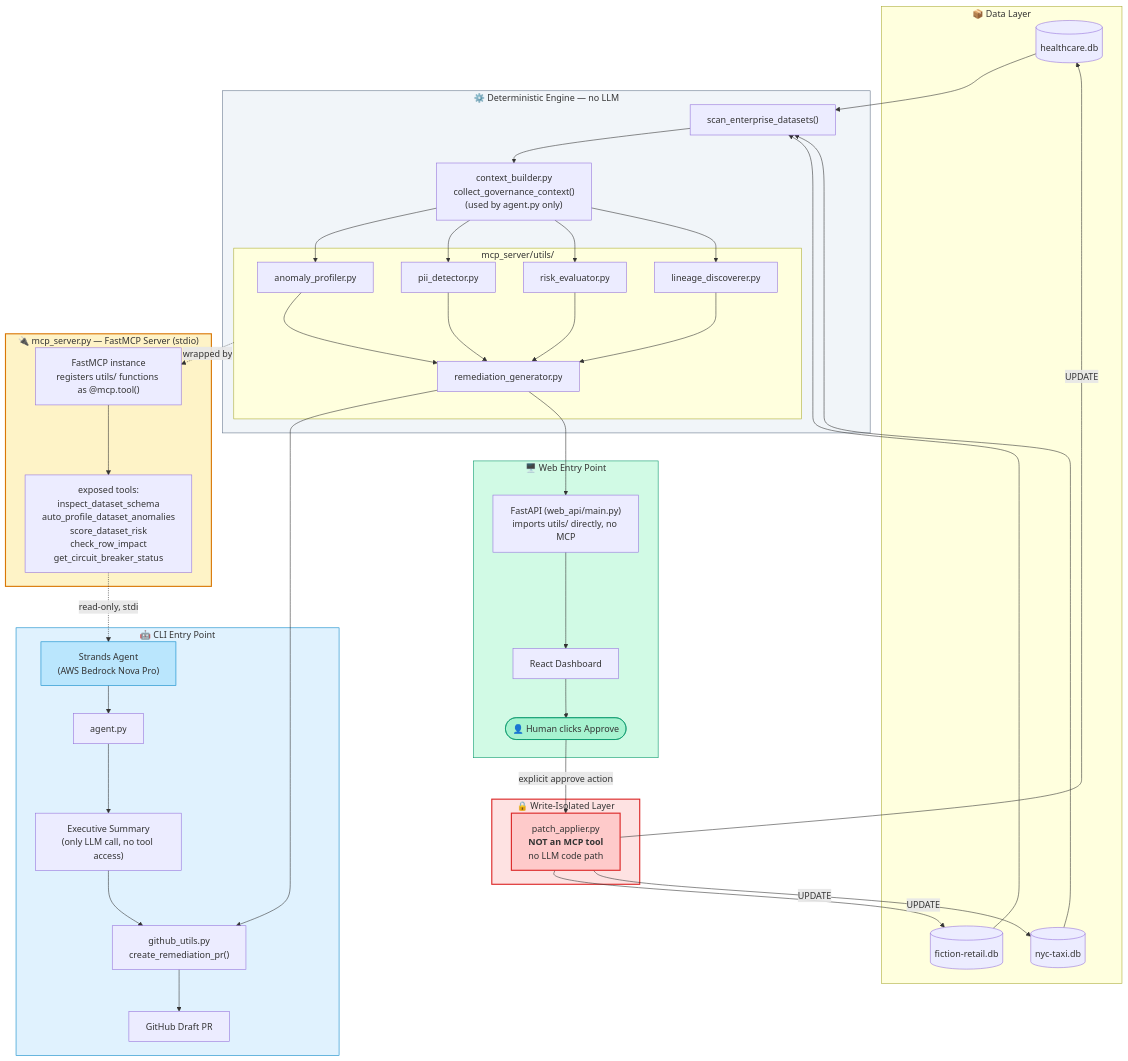
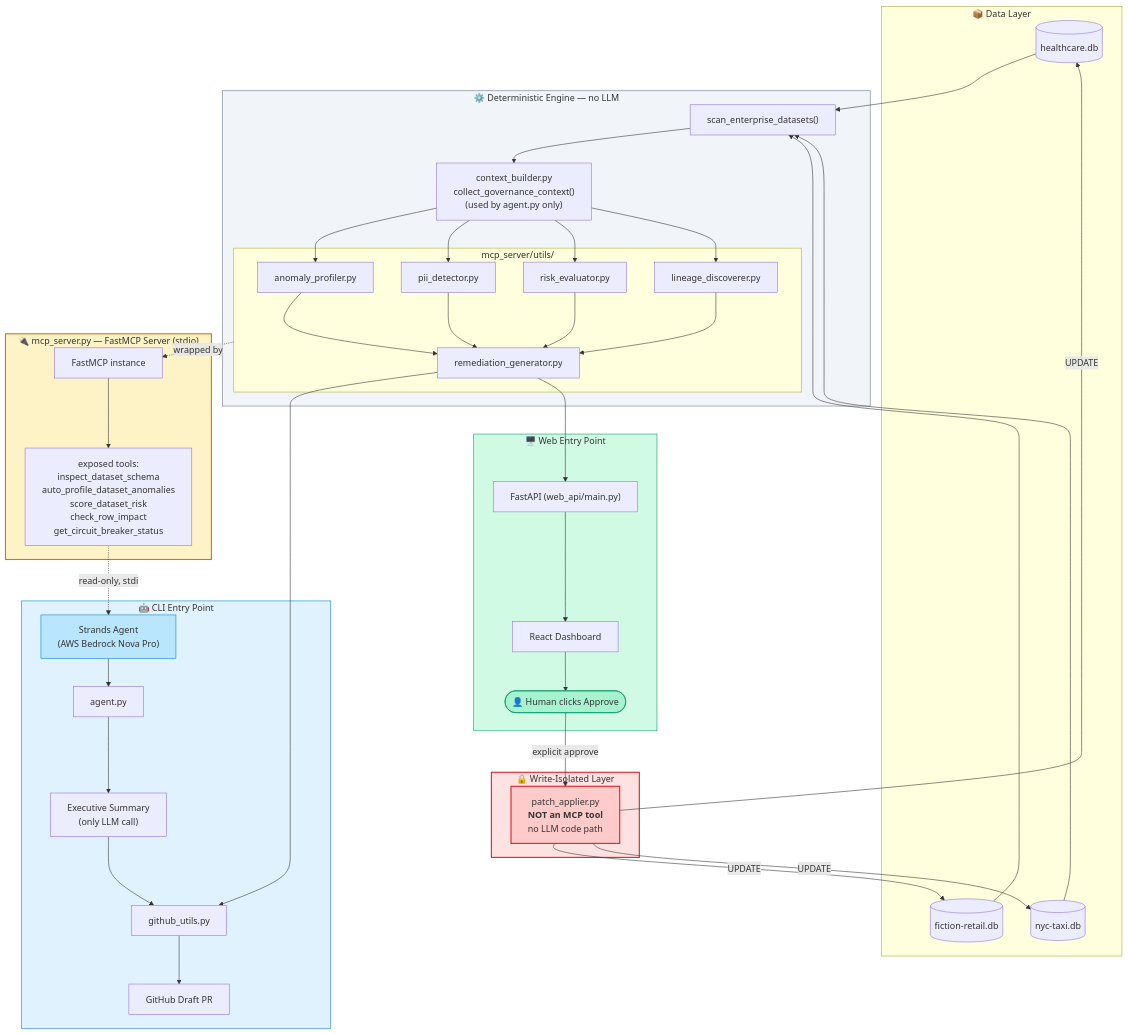
The diagram in README.md (evaaliya/albugent_v2.0), drawn with Mermaid before and after one commit. The commit also changed other lines of this file, not shown here.

````diff
--- a/README.md
+++ b/README.md
@@ -93,20 +94,20 @@
     end
 
     subgraph MCPSERVER["🔌 mcp_server.py — FastMCP Server (stdio)"]
-        MCPCORE["FastMCP instance<br/>registers utils/ functions as @mcp.tool()"]
+        MCPCORE["FastMCP instance"]
         TOOLS["exposed tools:<br/>inspect_dataset_schema<br/>auto_profile_dataset_anomalies<br/>score_dataset_risk<br/>check_row_impact<br/>get_circuit_breaker_status"]
     end
 
     subgraph CLI["🤖 CLI Entry Point"]
         AGENTPY["agent.py"]
         STRANDS["Strands Agent<br/>(AWS Bedrock Nova Pro)"]
-        SUMMARY["Executive Summary<br/>(only LLM call, no tool access)"]
-        GHUTILS["github_utils.py<br/>create_remediation_pr()"]
+        SUMMARY["Executive Summary<br/>(only LLM call)"]
+        GHUTILS["github_utils.py"]
         PR["GitHub Draft PR"]
     end
 
     subgraph WEB["🖥️ Web Entry Point"]
-        FASTAPI["FastAPI (web_api/main.py)<br/>imports utils/ directly, no MCP"]
+        FASTAPI["FastAPI (web_api/main.py)"]
         REACT["React Dashboard"]
         HUMAN(["👤 Human clicks Approve"])
     end
@@ -137,7 +138,7 @@
     GEN --> FASTAPI
     FASTAPI --> REACT
     REACT --> HUMAN
-    HUMAN -->|"explicit approve action"| APPLY
+    HUMAN -->|"explicit approve"| APPLY
     APPLY -->|"UPDATE"| DB1
     APPLY -->|"UPDATE"| DB2
     APPLY -->|"UPDATE"| DB3
@@ -150,5 +151,4 @@
     style APPLY fill:#fecaca,stroke:#dc2626,stroke-width:2px
     style STRANDS fill:#bae6fd,stroke:#0284c7
     style HUMAN fill:#a7f3d0,stroke:#059669
-
 ```
````
